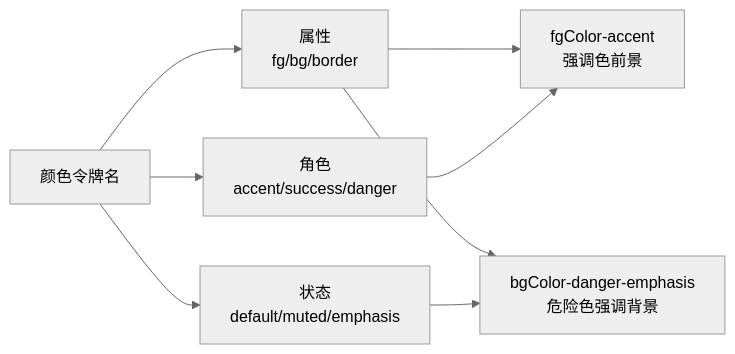
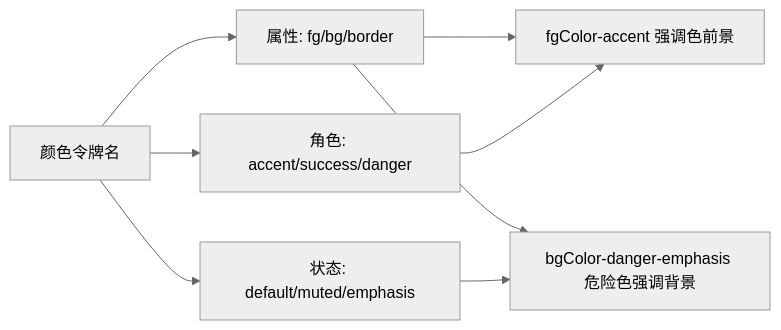
Before and after one commit to Cleam/primer-css: the third of 5 diagrams in learn/04-design-tokens.md, drawn with Mermaid (neutral theme). The commit also changed other lines of this file and 10 other files, not shown here.

First line of the commit message:
Fix mermaid diagram syntax for GitHub rendering compatibility

````diff
--- a/learn/04-design-tokens.md
+++ b/learn/04-design-tokens.md
@@ -213,11 +213,11 @@
 ```mermaid
 graph LR
-    A[颜色令牌名] --> B["属性<br/>fg/bg/border"]
-    A --> C["角色<br/>accent/success/danger"]
-    A --> D["状态<br/>default/muted/emphasis"]
+    A["颜色令牌名"] --> B["属性: fg/bg/border"]
+    A --> C["角色: accent/success/danger"]
+    A --> D["状态: default/muted/emphasis"]
 
-    B --> E["fgColor-accent<br/>强调色前景"]
+    B --> E["fgColor-accent 强调色前景"]
     C --> E
-    B --> F["bgColor-danger-emphasis<br/>危险色强调背景"]
+    B --> F["bgColor-danger-emphasis 危险色强调背景"]
     D --> F
 ```
````
